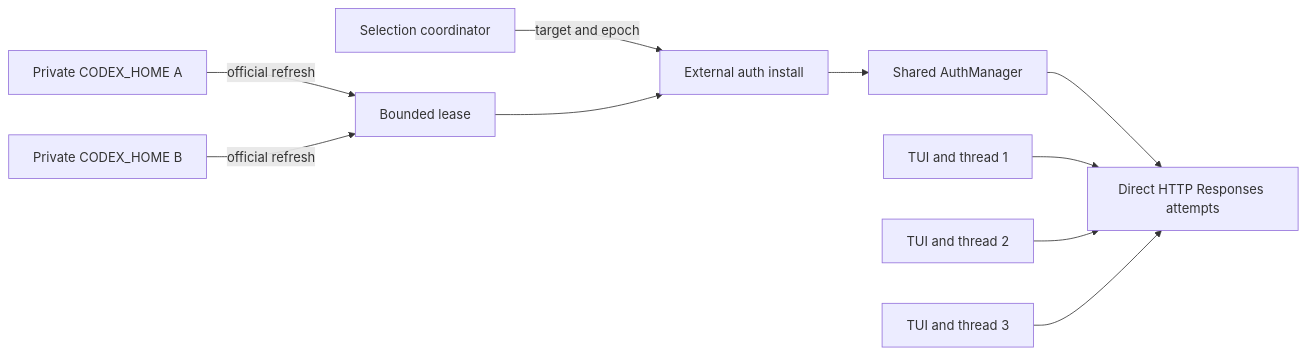
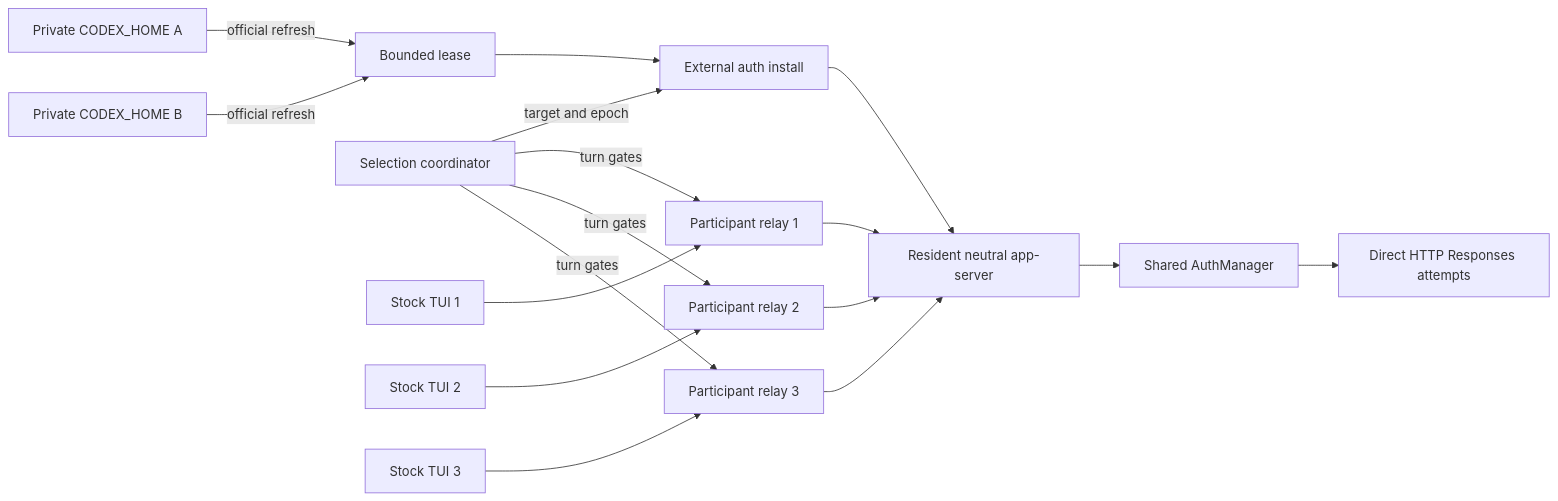
One commit to Sawmonabo/sidekick-usages changed the tenth of 12 diagrams in docs/superpowers/specs/2026-08-01-hardened-global-account-selection-design.md. Above: the diagram before and after it, drawn with Mermaid. The commit also changed other lines of this file, not shown here.

````diff
--- a/docs/superpowers/specs/2026-08-01-hardened-global-account-selection-design.md
+++ b/docs/superpowers/specs/2026-08-01-hardened-global-account-selection-design.md
@@ -1328,12 +1580,19 @@
 ```mermaid
 flowchart LR
     A[Private CODEX_HOME A] -->|official refresh| L[Bounded lease]
     B[Private CODEX_HOME B] -->|official refresh| L
     C[Selection coordinator] -->|target and epoch| X[External auth install]
     L --> X
-    X --> M[Shared AuthManager]
+    X --> S[Resident neutral app-server]
+    S --> M[Shared AuthManager]
     M --> H[Direct HTTP Responses attempts]
-    T1[TUI and thread 1] --> H
-    T2[TUI and thread 2] --> H
-    T3[TUI and thread 3] --> H
+    T1[Stock TUI 1] --> R1[Participant relay 1]
+    T2[Stock TUI 2] --> R2[Participant relay 2]
+    T3[Stock TUI 3] --> R3[Participant relay 3]
+    R1 --> S
+    R2 --> S
+    R3 --> S
+    C -->|turn gates| R1
+    C -->|turn gates| R2
+    C -->|turn gates| R3
 ```
````
